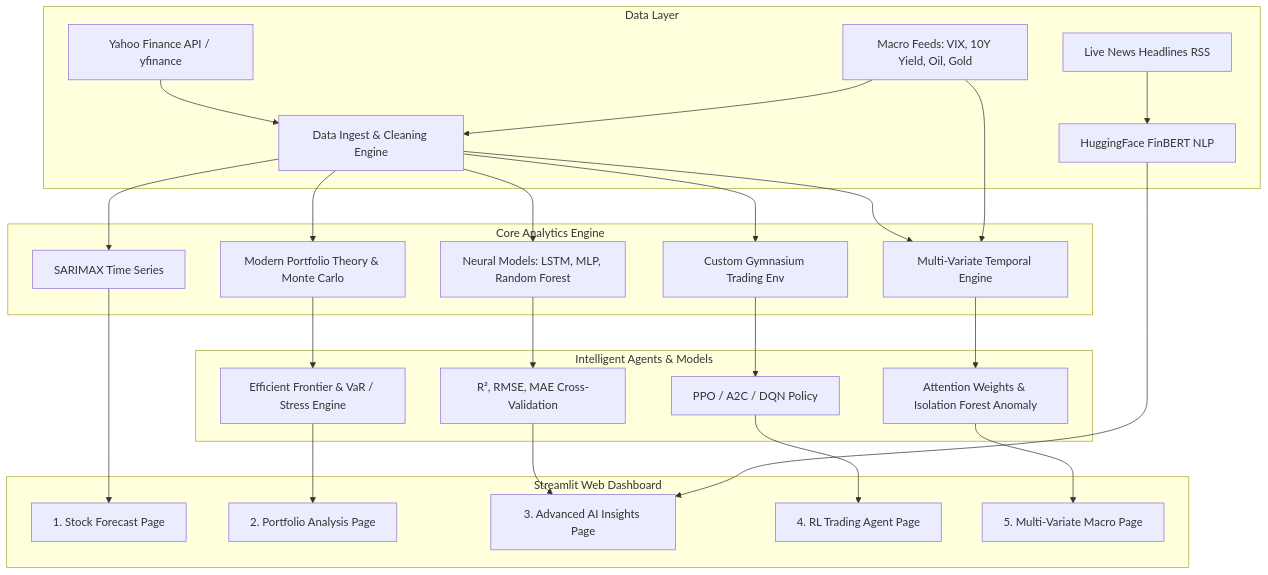
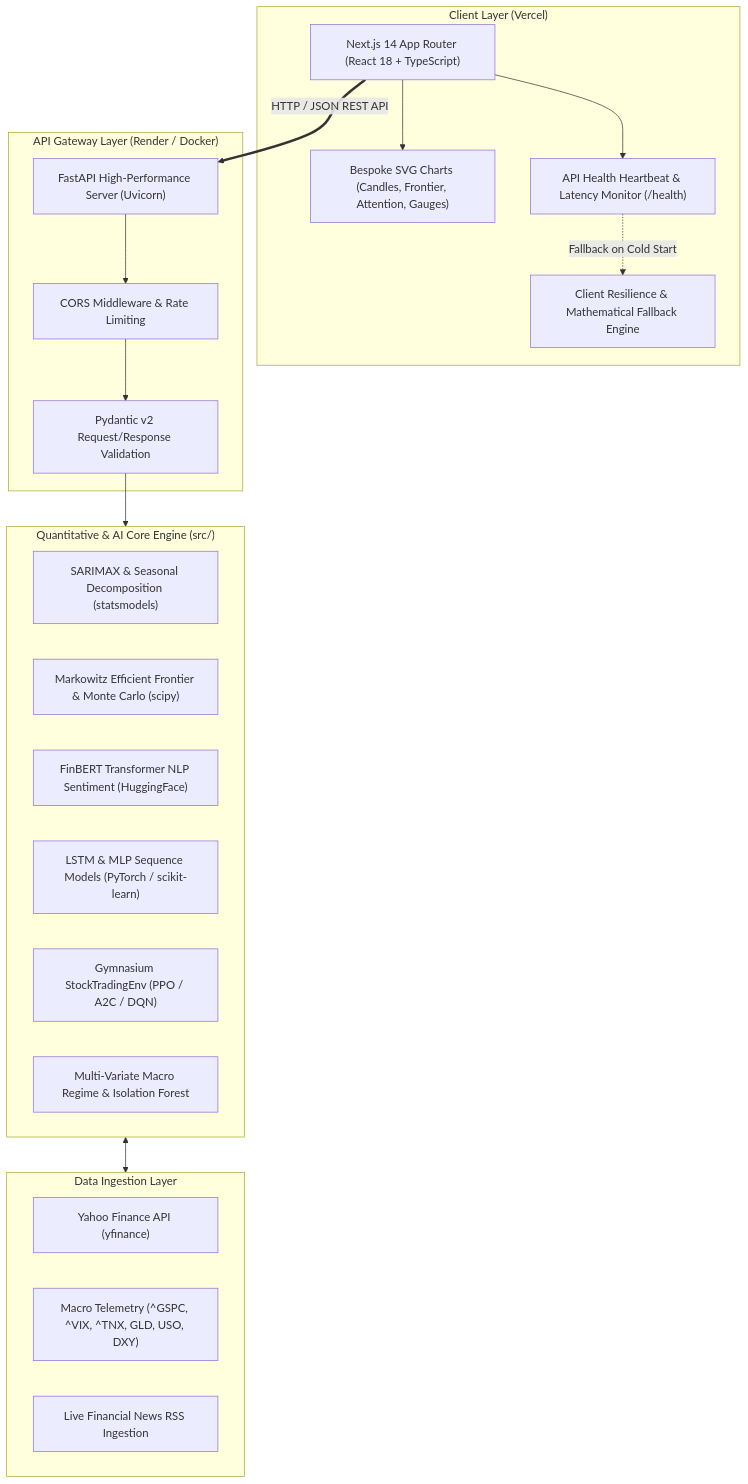
One commit to Dwij2710/FinSight-AI changed the diagram in README.md. Above: the diagram before and after it, drawn with Mermaid. The commit also changed other lines of this file and 12 other files, not shown here.

Commit message:
docs & refactor: update comprehensive GitHub README, finalize Next.js & FastAPI migration

````diff
--- a/README.md
+++ b/README.md
@@ -114,31 +71,38 @@
 ```mermaid
 flowchart TD
-    subgraph Data Layer
-        YF[Yahoo Finance API / yfinance] --> Ingest[Data Ingest & Cleaning Engine]
-        Macro[Macro Feeds: VIX, 10Y Yield, Oil, Gold] --> Ingest
-        News[Live News Headlines RSS] --> FinBERT[HuggingFace FinBERT NLP]
+    subgraph Client Layer ["Client Layer (Vercel)"]
+        UI["Next.js 14 App Router (React 18 + TypeScript)"]
+        Charts["Bespoke SVG Charts (Candles, Frontier, Attention, Gauges)"]
+        HealthPoller["API Health Heartbeat & Latency Monitor (/health)"]
+        FailoverEngine["Client Resilience & Mathematical Fallback Engine"]
+        UI --> Charts
+        UI --> HealthPoller
+        HealthPoller -. Fallback on Cold Start .-> FailoverEngine
     end
 
-    subgraph Core Analytics Engine
-        Ingest --> SARIMAX_M[SARIMAX Time Series]
-        Ingest --> MPT[Modern Portfolio Theory & Monte Carlo]
-        Ingest --> DL[Neural Models: LSTM, MLP, Random Forest]
-        Ingest --> RL_Env[Custom Gymnasium Trading Env]
-        Ingest & Macro --> TFT[Multi-Variate Temporal Engine]
+    subgraph APILayer ["API Gateway Layer (Render / Docker)"]
+        FastAPI["FastAPI High-Performance Server (Uvicorn)"]
+        CORS["CORS Middleware & Rate Limiting"]
+        Schemas["Pydantic v2 Request/Response Validation"]
+        FastAPI --> CORS --> Schemas
     end
 
-    subgraph Intelligent Agents & Models
-        RL_Env --> PPO_Agent[PPO / A2C / DQN Policy]
-        TFT --> Attention[Attention Weights & Isolation Forest Anomaly]
-        DL --> Model_Eval[R², RMSE, MAE Cross-Validation]
-        MPT --> EffFrontier[Efficient Frontier & VaR / Stress Engine]
+    subgraph CoreEngine ["Quantitative & AI Core Engine (src/)"]
+        SARIMAX_M["SARIMAX & Seasonal Decomposition (statsmodels)"]
+        MPT["Markowitz Efficient Frontier & Monte Carlo (scipy)"]
+        FinBERT["FinBERT Transformer NLP Sentiment (HuggingFace)"]
+        DL_Models["LSTM & MLP Sequence Models (PyTorch / scikit-learn)"]
+        RL_Env["Gymnasium StockTradingEnv (PPO / A2C / DQN)"]
+        MacroTFT["Multi-Variate Macro Regime & Isolation Forest"]
     end
 
-    subgraph Streamlit Web Dashboard
-        SARIMAX_M --> UI1[1. Stock Forecast Page]
-        EffFrontier --> UI2[2. Portfolio Analysis Page]
-        Model_Eval & FinBERT --> UI3[3. Advanced AI Insights Page]
-        PPO_Agent --> UI4[4. RL Trading Agent Page]
-        Attention --> UI5[5. Multi-Variate Macro Page]
+    subgraph DataLayer ["Data Ingestion Layer"]
+        YF["Yahoo Finance API (yfinance)"]
+        MacroFeeds["Macro Telemetry (^GSPC, ^VIX, ^TNX, GLD, USO, DXY)"]
+        NewsRSS["Live Financial News RSS Ingestion"]
     end
+
+    UI ==>|"HTTP / JSON REST API"| FastAPI
+    Schemas --> CoreEngine
+    CoreEngine <--> DataLayer
 ```
````
